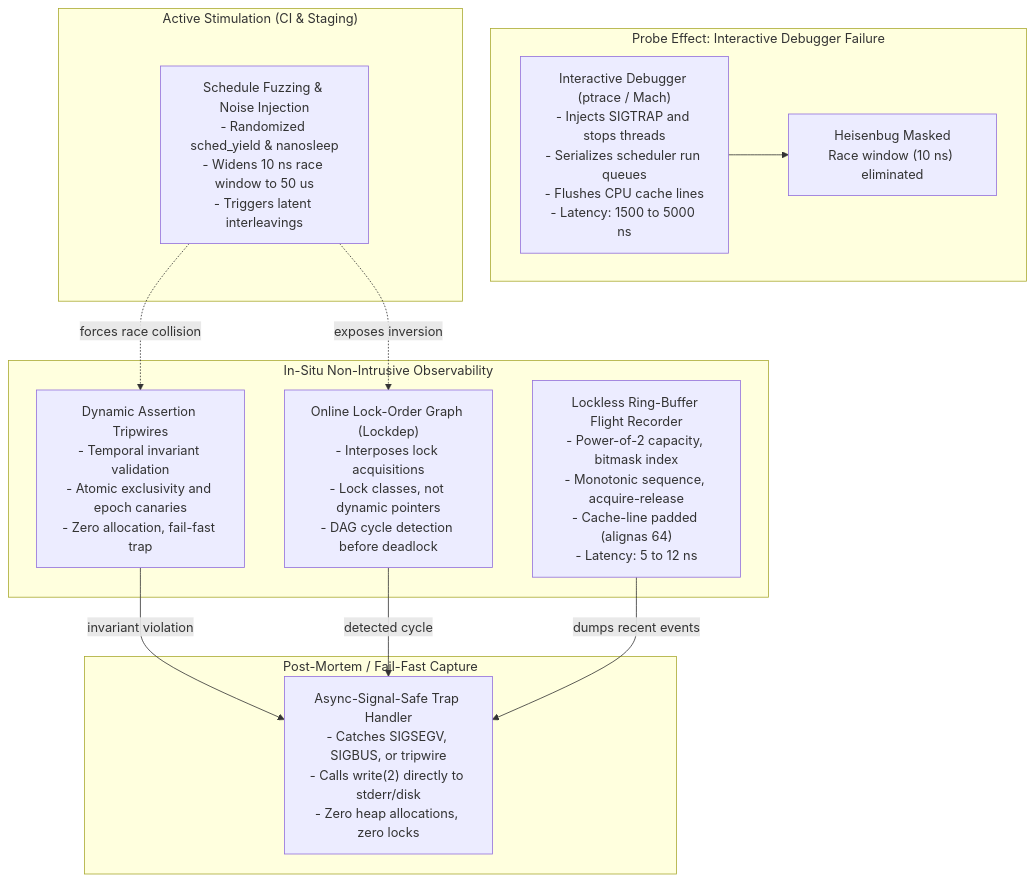
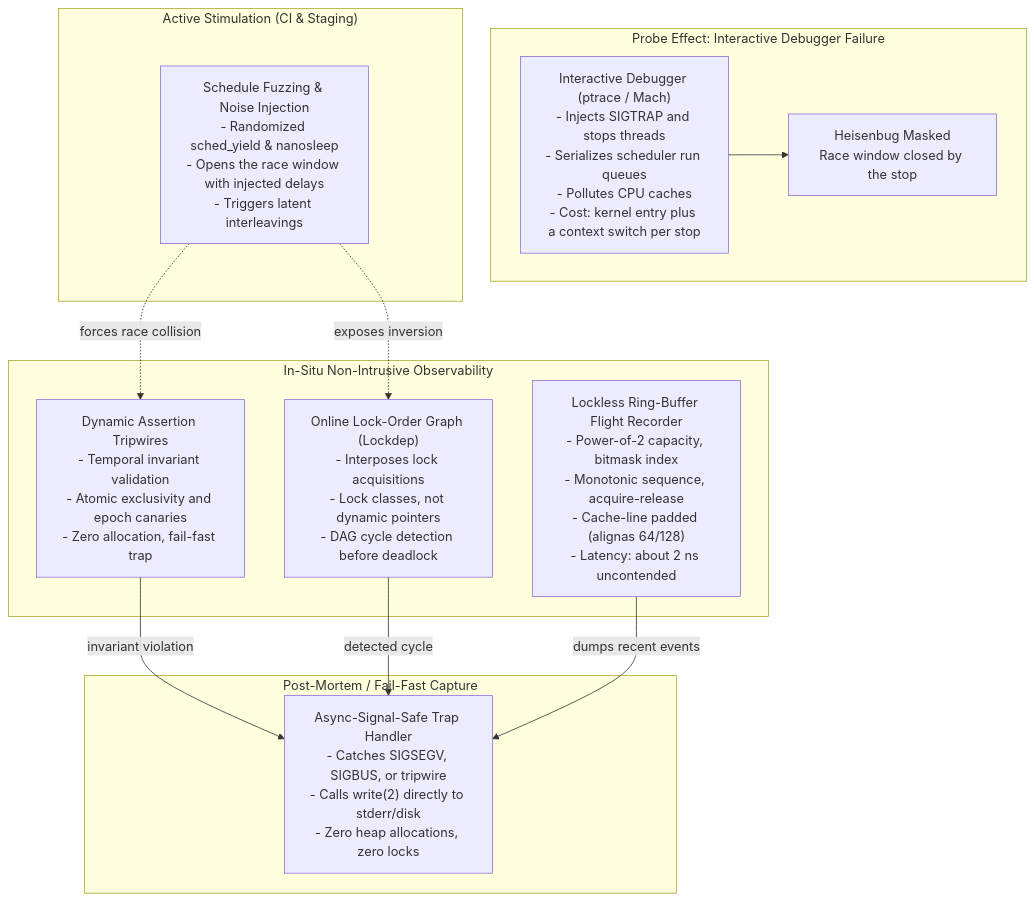
One commit to shreejitverma/The-Distinguished-Engineer changed the diagram in 18-Developer-Toolchain/03-Debugging/Debugging-Without-a-Debugger-and-Concurrency-Bugs.md. Above: the diagram before and after it, drawn with Mermaid. The commit also changed other lines of this file and 8 other files, not shown here.

````diff
--- a/18-Developer-Toolchain/03-Debugging/Debugging-Without-a-Debugger-and-Concurrency-Bugs.md
+++ b/18-Developer-Toolchain/03-Debugging/Debugging-Without-a-Debugger-and-Concurrency-Bugs.md
@@ -26,28 +45,28 @@
 ```mermaid
 flowchart TD
     subgraph INTRUSION["Probe Effect: Interactive Debugger Failure"]
-        PTRACE["Interactive Debugger (ptrace / Mach)<br/>- Injects SIGTRAP and stops threads<br/>- Serializes scheduler run queues<br/>- Flushes CPU cache lines<br/>- Latency: 1500 to 5000 ns"]
-        HEISEN["Heisenbug Masked<br/>Race window (10 ns) eliminated"]
+        PTRACE["Interactive Debugger (ptrace / Mach)<br/>- Injects SIGTRAP and stops threads<br/>- Serializes scheduler run queues<br/>- Pollutes CPU caches<br/>- Cost: kernel entry plus a context switch per stop"]
+        HEISEN["Heisenbug Masked<br/>Race window closed by the stop"]
         PTRACE --> HEISEN
     end
 
     subgraph NON_INTRUSIVE["In-Situ Non-Intrusive Observability"]
-        FR["Lockless Ring-Buffer Flight Recorder<br/>- Power-of-2 capacity, bitmask index<br/>- Monotonic sequence, acquire-release<br/>- Cache-line padded (alignas 64)<br/>- Latency: 5 to 12 ns"]
+        FR["Lockless Ring-Buffer Flight Recorder<br/>- Power-of-2 capacity, bitmask index<br/>- Monotonic sequence, acquire-release<br/>- Cache-line padded (alignas 64/128)<br/>- Latency: about 2 ns uncontended"]
         TRIP["Dynamic Assertion Tripwires<br/>- Temporal invariant validation<br/>- Atomic exclusivity and epoch canaries<br/>- Zero allocation, fail-fast trap"]
         LDEP["Online Lock-Order Graph (Lockdep)<br/>- Interposes lock acquisitions<br/>- Lock classes, not dynamic pointers<br/>- DAG cycle detection before deadlock"]
     end
 
     subgraph STIMULUS["Active Stimulation (CI & Staging)"]
-        FUZZ["Schedule Fuzzing & Noise Injection<br/>- Randomized sched_yield & nanosleep<br/>- Widens 10 ns race window to 50 us<br/>- Triggers latent interleavings"]
+        FUZZ["Schedule Fuzzing & Noise Injection<br/>- Randomized sched_yield & nanosleep<br/>- Opens the race window with injected delays<br/>- Triggers latent interleavings"]
     end
 
     subgraph CRASH["Post-Mortem / Fail-Fast Capture"]
         SIG["Async-Signal-Safe Trap Handler<br/>- Catches SIGSEGV, SIGBUS, or tripwire<br/>- Calls write(2) directly to stderr/disk<br/>- Zero heap allocations, zero locks"]
     end
 
     FUZZ -.->|"forces race collision"| TRIP
     FUZZ -.->|"exposes inversion"| LDEP
     TRIP -->|"invariant violation"| SIG
     LDEP -->|"detected cycle"| SIG
     FR -->|"dumps recent events"| SIG
 ```
````
